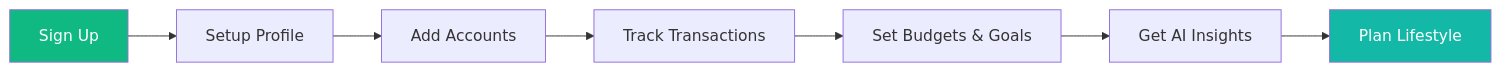
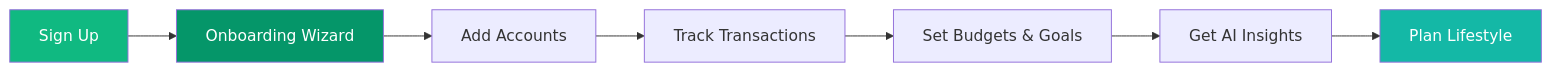
One commit to sinaghadrico/moneystyle changed the first of 27 diagrams in docs/PROJECT_DOCUMENTATION.md. Above: the diagram before and after it, drawn with Mermaid. The commit also changed other lines of this file and 16 other files, not shown here.

````diff
--- a/docs/PROJECT_DOCUMENTATION.md
+++ b/docs/PROJECT_DOCUMENTATION.md
@@ -58,12 +62,13 @@
 ```mermaid
 graph LR
-    A[Sign Up] --> B[Setup Profile]
+    A[Sign Up] --> B[Onboarding Wizard]
     B --> C[Add Accounts]
     C --> D[Track Transactions]
     D --> E[Set Budgets & Goals]
     E --> F[Get AI Insights]
     F --> G[Plan Lifestyle]
 
     style A fill:#10b981,color:#fff
+    style B fill:#059669,color:#fff
     style G fill:#14b8a6,color:#fff
 ```
````
